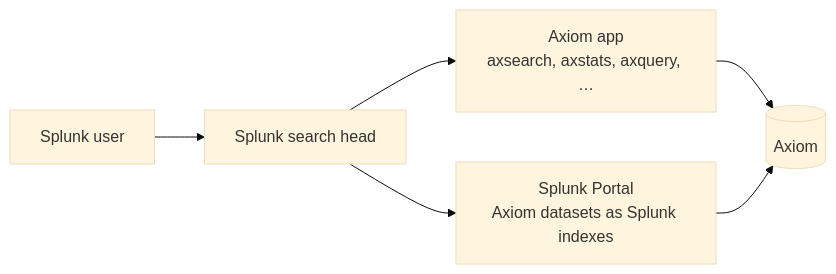
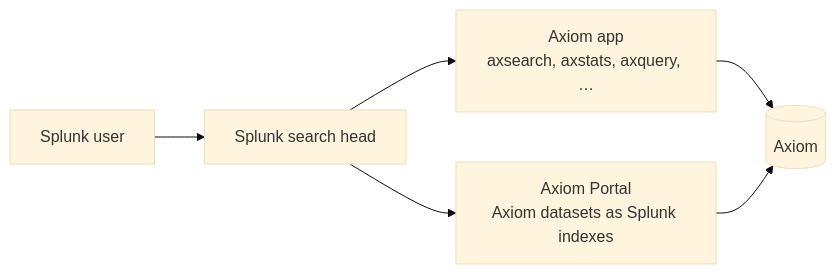
Before and after one commit to axiomhq/docs: the diagram in content/docs/(documentation)/splunk/overview.mdx, drawn with Mermaid (base theme). The commit also changed other lines of this file and 8 other files, not shown here.

Commit message:
Splunk: name the product 'Axiom Portal for Splunk' consistently (#719)

````diff
--- a/content/docs/(documentation)/splunk/overview.mdx
+++ b/content/docs/(documentation)/splunk/overview.mdx
@@ -13,8 +13,8 @@
 ```mermaid
 flowchart LR
     User["Splunk user"] --> SH["Splunk search head"]:::splunk
     SH --> App["Axiom app<br/>axsearch, axstats, axquery, …"]:::axiom
-    SH --> Fed["Splunk Portal<br/>Axiom datasets as Splunk indexes"]:::axiom
+    SH --> Fed["Axiom Portal<br/>Axiom datasets as Splunk indexes"]:::axiom
     App --> Axiom[("Axiom")]
     Fed --> Axiom
 ```
````
